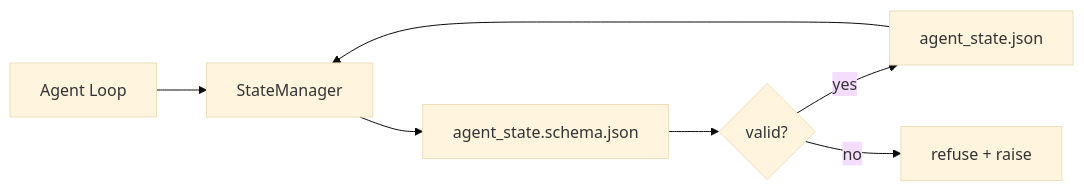
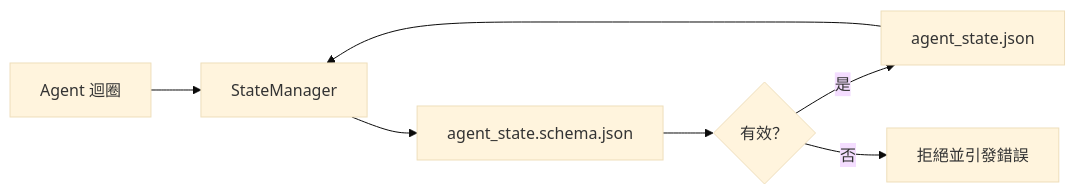
The diagram in i18n/zh-TW/phases/14-agent-engineering/34-repo-memory-and-state/docs/zh-TW.md (edward821220/ai-engineering-from-scratch), drawn with Mermaid (base theme) before and after one commit. The commit also changed other lines of this file and 46 other files, not shown here.

````diff
--- a/i18n/zh-TW/phases/14-agent-engineering/34-repo-memory-and-state/docs/zh-TW.md
+++ b/i18n/zh-TW/phases/14-agent-engineering/34-repo-memory-and-state/docs/zh-TW.md
@@ -25,9 +25,9 @@
 ```mermaid
 flowchart LR
-  Agent[Agent Loop] --> Manager[StateManager]
+  Agent[Agent 迴圈] --> Manager[StateManager]
   Manager --> Schema[agent_state.schema.json]
-  Schema --> Validate{valid?}
-  Validate -- yes --> Write[agent_state.json]
-  Validate -- no --> Reject[refuse + raise]
+  Schema --> Validate{有效？}
+  Validate -- 是 --> Write[agent_state.json]
+  Validate -- 否 --> Reject[拒絕並引發錯誤]
   Write --> Manager
 ```
````
